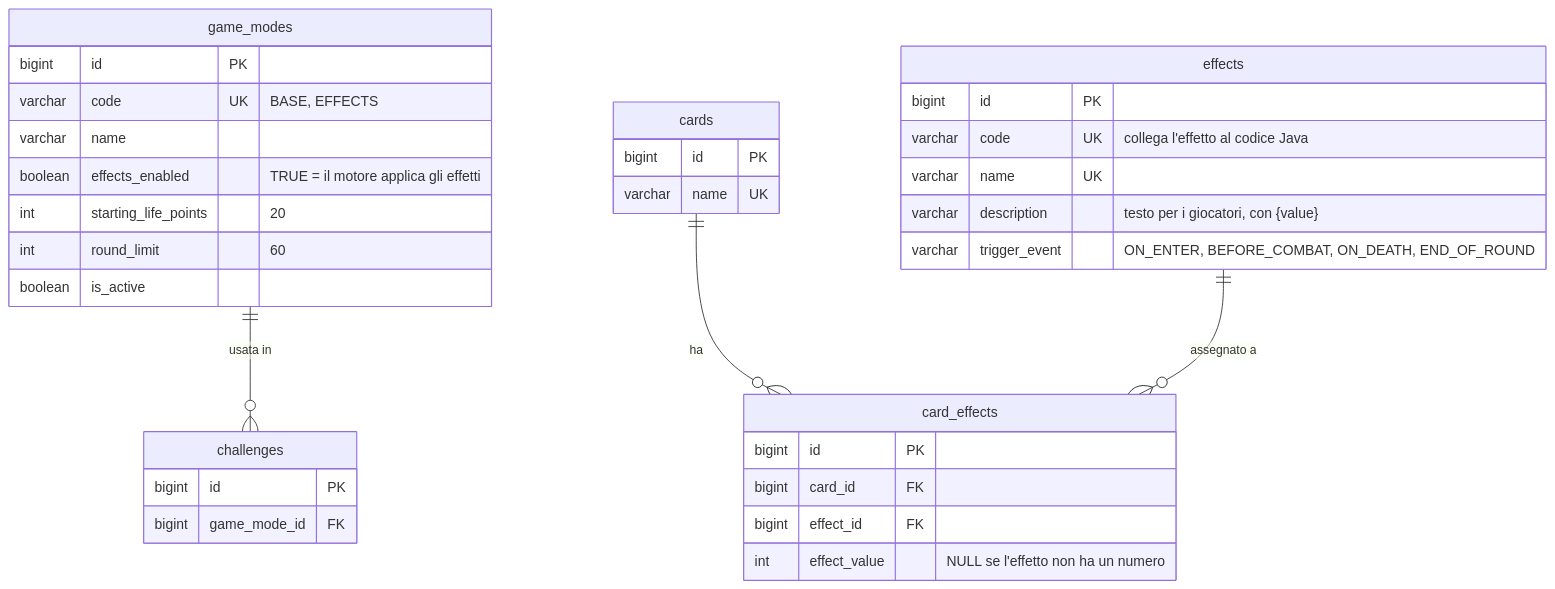
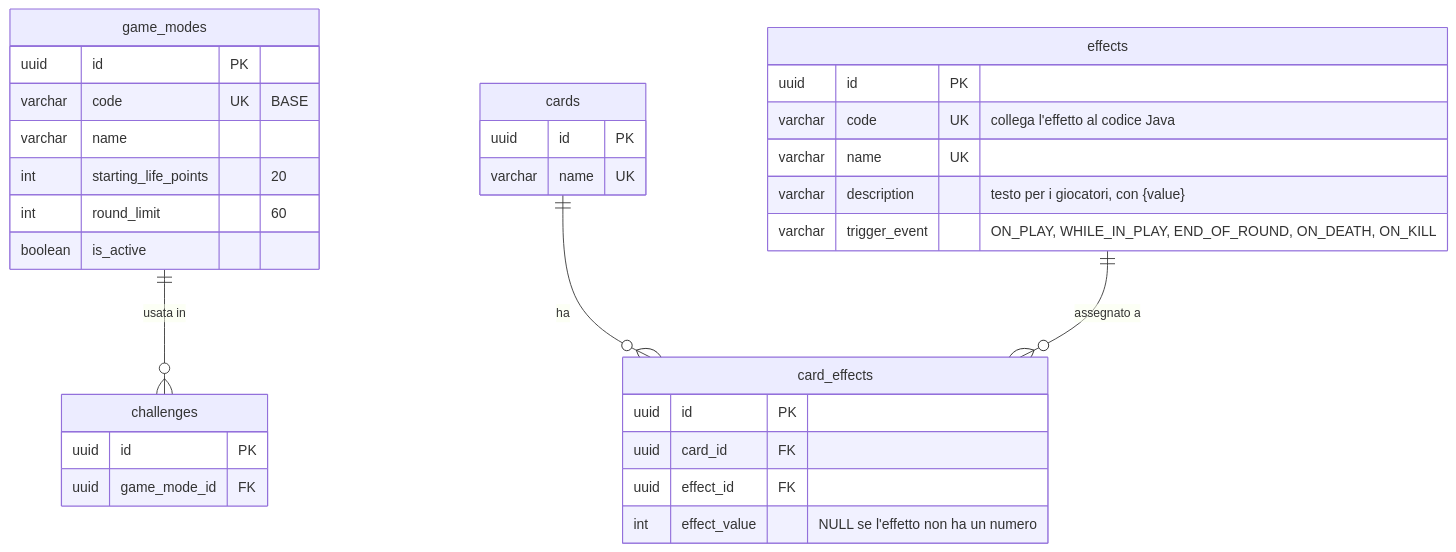
The fourth of 4 diagrams in docs/database/schema.md (cristianpappalardoITS/LaboratorioIntegrato-Divine), drawn with Mermaid before and after one commit. The commit also changed other lines of this file and 1 other file, not shown here.

Commit message:
docs(database): passa a PostgreSQL con UUID, lista amici e Base con effetti

````diff
--- a/docs/database/schema.md
+++ b/docs/database/schema.md
@@ -310,37 +322,36 @@
 ```mermaid
 erDiagram
     game_modes ||--o{ challenges : "usata in"
     cards ||--o{ card_effects : "ha"
     effects ||--o{ card_effects : "assegnato a"
 
     game_modes {
-        bigint id PK
-        varchar code UK "BASE, EFFECTS"
+        uuid id PK
+        varchar code UK "BASE"
         varchar name
-        boolean effects_enabled "TRUE = il motore applica gli effetti"
         int starting_life_points "20"
         int round_limit "60"
         boolean is_active
     }
     effects {
-        bigint id PK
+        uuid id PK
         varchar code UK "collega l'effetto al codice Java"
         varchar name UK
         varchar description "testo per i giocatori, con {value}"
-        varchar trigger_event "ON_ENTER, BEFORE_COMBAT, ON_DEATH, END_OF_ROUND"
+        varchar trigger_event "ON_PLAY, WHILE_IN_PLAY, END_OF_ROUND, ON_DEATH, ON_KILL"
     }
     card_effects {
-        bigint id PK
-        bigint card_id FK
-        bigint effect_id FK
+        uuid id PK
+        uuid card_id FK
+        uuid effect_id FK
         int effect_value "NULL se l'effetto non ha un numero"
     }
     challenges {
-        bigint id PK
-        bigint game_mode_id FK
+        uuid id PK
+        uuid game_mode_id FK
     }
     cards {
-        bigint id PK
+        uuid id PK
         varchar name UK
     }
 ```
````
